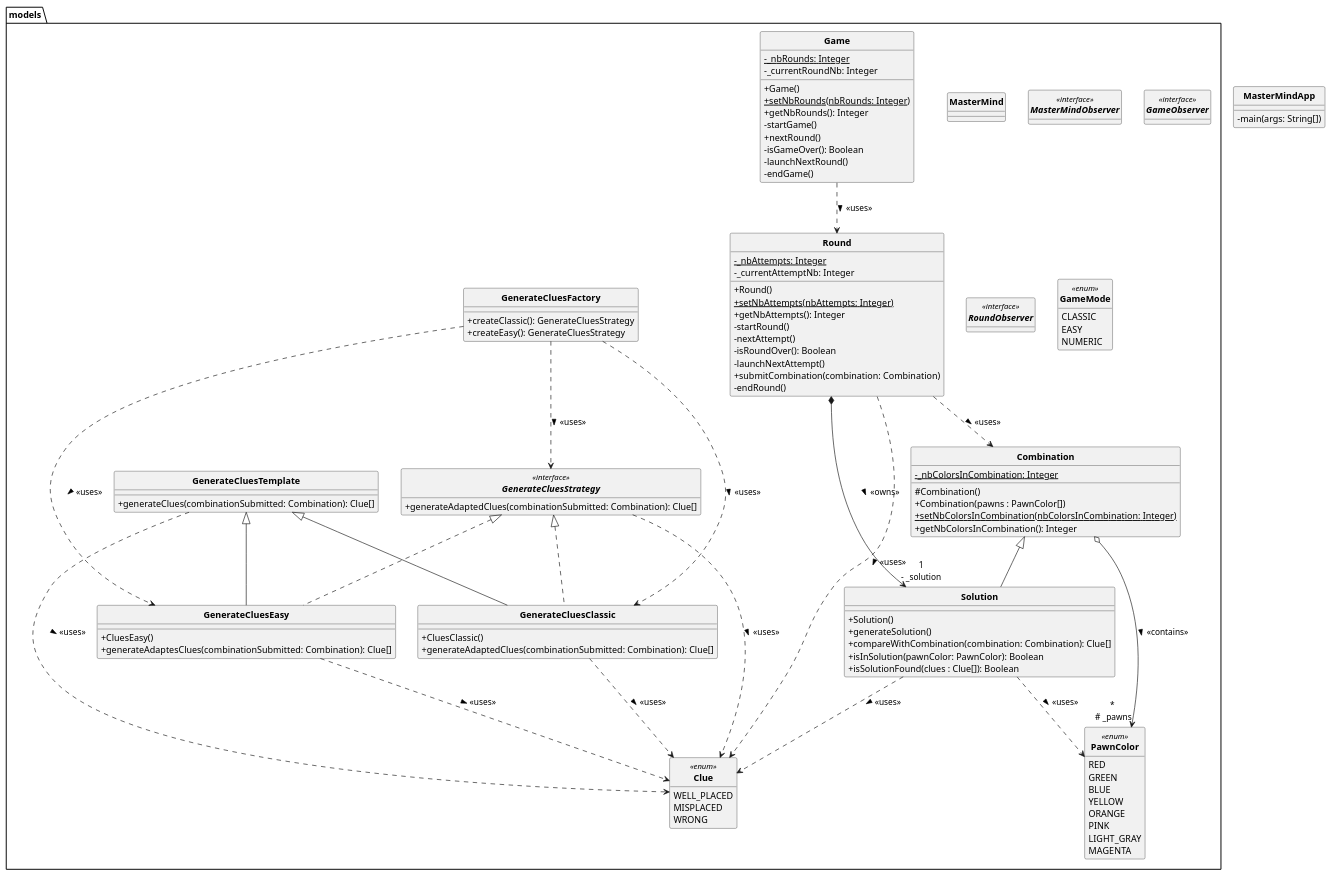
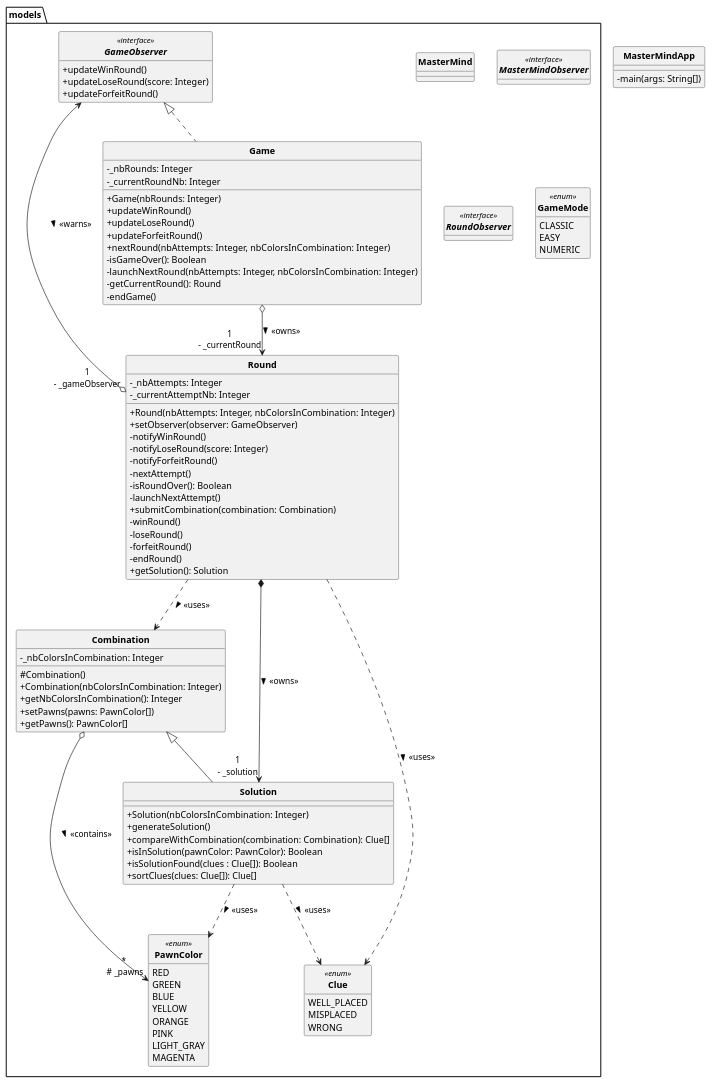
One commit to Robin3711/mastermind changed the diagram in diags/masterMindFirstDiag.puml. Above: the diagram before and after it, drawn with PlantUML.

Commit message:
MAJ UML V1

```diff
--- a/diags/masterMindFirstDiag.puml
+++ b/diags/masterMindFirstDiag.puml
@@ -1,137 +1,162 @@
 @startuml
 
 skinparam style strictuml
 skinparam classAttributeIconSize 0
 skinparam classFontStyle Bold
 hide enum methods
 hide interface attributes
 
 class MasterMindApp {
     - main(args: String[])
 }
 
 package models {
     class MasterMind {}
-    class Game {
-        - {static} _nbRounds: Integer
+    class Game implements GameObserver {
+        - _nbRounds: Integer
         - _currentRoundNb: Integer
-        + Game()
-        + {static} setNbRounds(nbRounds: Integer)
-        'Pas encore utilisé, à supprimer ?
-        + getNbRounds(): Integer
-        - startGame()
-        + nextRound()
+        + Game(nbRounds: Integer)
+        + updateWinRound()
+        + updateLoseRound()
+        + updateForfeitRound()
+        + nextRound(nbAttempts: Integer, nbColorsInCombination: Integer)
         - isGameOver(): Boolean
-        - launchNextRound()
+        - launchNextRound(nbAttempts: Integer, nbColorsInCombination: Integer)
+        - getCurrentRound(): Round
         - endGame()
     }
     class Round {
-        - {static} _nbAttempts: Integer
+        - _nbAttempts: Integer
         - _currentAttemptNb: Integer
-        + Round()
-        + {static} setNbAttempts(nbAttempts: Integer)
-        'Pas encore utilisé, à supprimer ?
-        + getNbAttempts(): Integer
-        - startRound()
+        + Round(nbAttempts: Integer, nbColorsInCombination: Integer)
+        + setObserver(observer: GameObserver)
+        - notifyWinRound()
+        - notifyLoseRound(score: Integer)
+        - notifyForfeitRound()
         - nextAttempt()
         - isRoundOver(): Boolean
         - launchNextAttempt()
         + submitCombination(combination: Combination)
+        - winRound()
+        - loseRound()
+        - forfeitRound()
         - endRound()
+        + getSolution(): Solution
     }
     class Combination {
-        - {static} _nbColorsInCombination: Integer
+        - _nbColorsInCombination: Integer
         # Combination()
-        + Combination(pawns : PawnColor[])
-        + {static} setNbColorsInCombination(nbColorsInCombination: Integer)
+        + Combination(nbColorsInCombination: Integer)
         + getNbColorsInCombination(): Integer
+        + setPawns(pawns: PawnColor[])
+        + getPawns(): PawnColor[]
     }
     class Solution extends Combination {
-        + Solution()
+        + Solution(nbColorsInCombination: Integer)
         + generateSolution()
         + compareWithCombination(combination: Combination): Clue[]
         + isInSolution(pawnColor: PawnColor): Boolean
         + isSolutionFound(clues : Clue[]): Boolean
+        + sortClues(clues: Clue[]): Clue[]
     }
+    /'
     class GenerateCluesFactory {
         + createClassic(): GenerateCluesStrategy
         + createEasy(): GenerateCluesStrategy
     }
     class GenerateCluesClassic extends GenerateCluesTemplate implements GenerateCluesStrategy {
         + CluesClassic()
         + generateAdaptedClues(combinationSubmitted: Combination): Clue[]
     }
     class GenerateCluesEasy extends GenerateCluesTemplate implements GenerateCluesStrategy {
         + CluesEasy()
         + generateAdaptesClues(combinationSubmitted: Combination): Clue[]
     }
     class GenerateCluesTemplate {
         + generateClues(combinationSubmitted: Combination): Clue[]
     }
 
     interface GenerateCluesStrategy <<interface>> {
         + generateAdaptedClues(combinationSubmitted: Combination): Clue[]
     }
+    '/
     interface MasterMindObserver <<interface>> {}
-    interface GameObserver <<interface>> {}
+    interface GameObserver <<interface>> {
+        + updateWinRound()
+        + updateLoseRound(score: Integer)
+        + updateForfeitRound()
+    }
     interface RoundObserver <<interface>> {}
 
     enum PawnColor <<enum>> {
         RED
         GREEN
         BLUE
         YELLOW
         ORANGE
         PINK
         LIGHT_GRAY
         MAGENTA
     }
     enum GameMode <<enum>> {
         CLASSIC
         EASY
         NUMERIC
     }
     enum Clue <<enum>> {
         WELL_PLACED
         MISPLACED
         WRONG
     }
 }
 
 'Relations
 
 'Models
 
 'Game
-Game ..> Round : > <<uses>>
+Game o--> "1\n- _currentRound" Round : > <<owns>>
 
 'Round
 Round *--> "1\n- _solution" Solution : > <<owns>>
+'Relation avec observer dans la partie GameObserver
 Round ..> Combination : > <<uses>>
 Round ..> Clue : > <<uses>>
 
 'Combination
 Combination o--> "*\n # _pawns" PawnColor : > <<contains>>
 
 'Solution
 Solution ..> PawnColor : > <<uses>>
 Solution ..> Clue : > <<uses>>
 
+'GameObserver
+GameObserver <--o "1\n- _gameObserver" Round : > <<warns>>
+
+/'
 'GenerateCluesFactory
 GenerateCluesFactory ..> GenerateCluesClassic : > <<uses>>
 GenerateCluesFactory ..> GenerateCluesEasy : > <<uses>>
 GenerateCluesFactory ..> GenerateCluesStrategy : > <<uses>>
 
 'GenerateCluesClassic
 GenerateCluesClassic ..> Clue : > <<uses>>
 
 'GenerateCluesEasy
 GenerateCluesEasy ..> Clue : > <<uses>>
 
 'GenerateCluesStrategy
 GenerateCluesStrategy ..> Clue : > <<uses>>
 
 'GenerateCluesTemplate
 GenerateCluesTemplate ..> Clue : > <<uses>>
+'/
+
+'Gestion des stratégies dans la vue, mais génération des indices dans le modèle
+'C'est le modèle qui renvoit les indices à la vue (triés ou non)
+'Tous les Round d'une même instance de Game
+
+'Finir modèles pour le mardi 5 inclus
+'Finir vues et controllers pour le dimanche 10 inclus (rendu 1)
 
 @enduml
```
